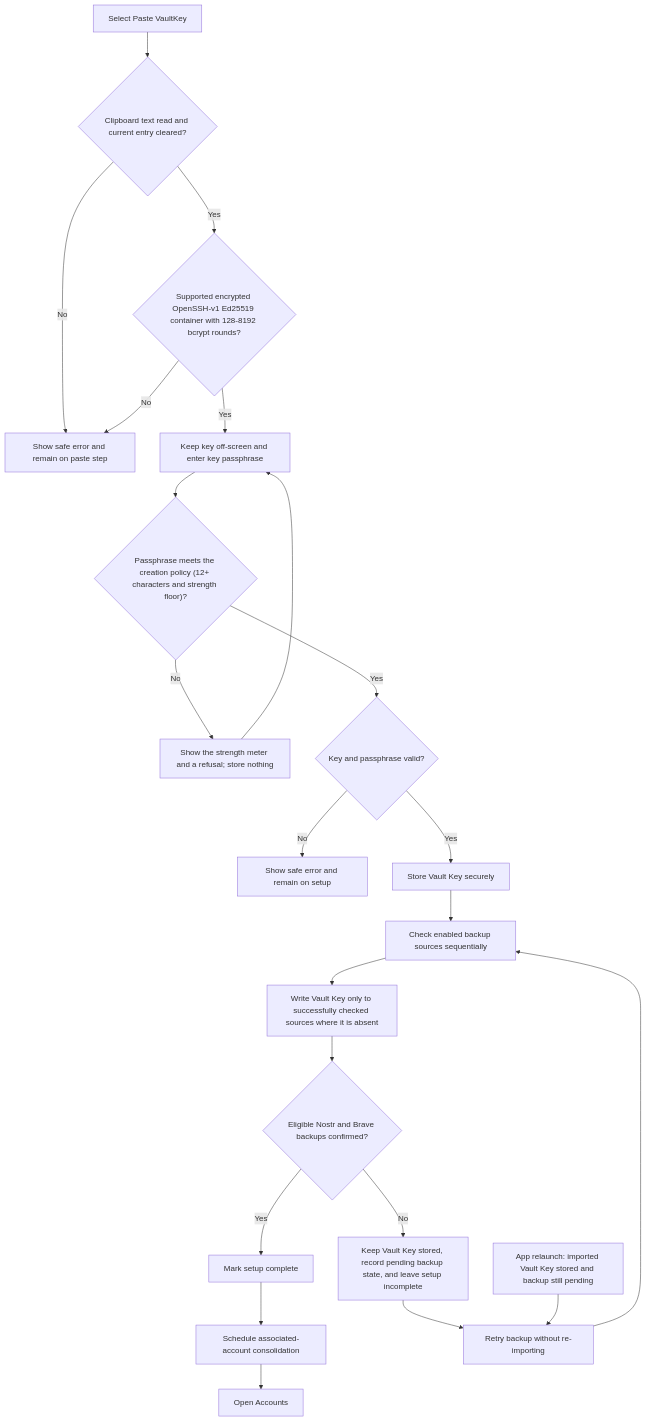
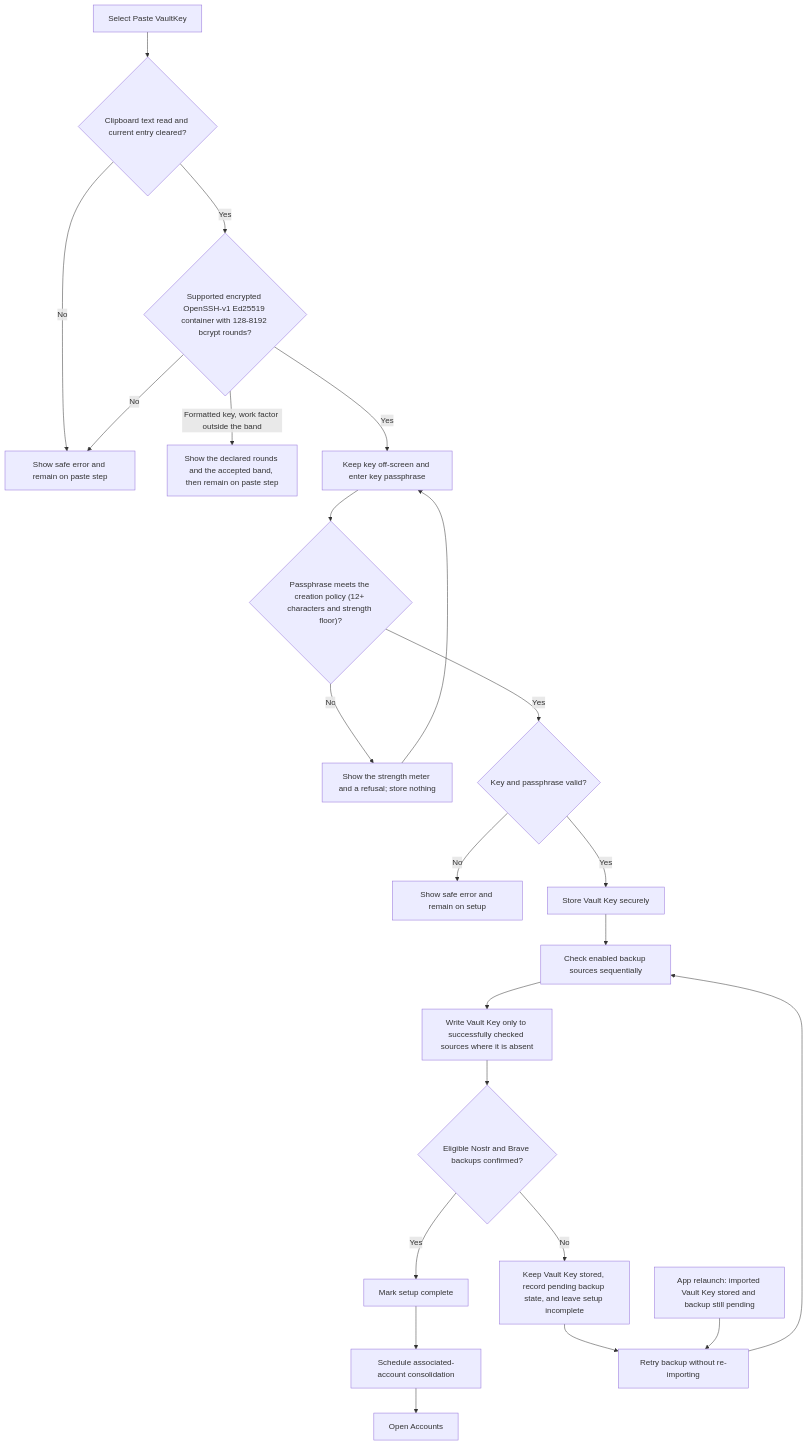
Before and after one commit to ZenTenApp/vault-kotlin: the second of 8 diagrams in docs/stakeholder/flowcharts.md, drawn with Mermaid. The commit also changed 14 other files, not shown here.

First line of the commit message:
feat(onboarding): explain an out-of-band KDF work factor on paste

````diff
--- a/docs/stakeholder/flowcharts.md
+++ b/docs/stakeholder/flowcharts.md
@@ -114,24 +114,25 @@
 ```mermaid
 flowchart TD
     Start["Select Paste VaultKey"] --> Clipboard{"Clipboard text read and current entry cleared?"}
     Clipboard -->|No| PasteError["Show safe error and remain on paste step"]
     Clipboard -->|Yes| KeyFormat{"Supported encrypted OpenSSH-v1 Ed25519 container with 128-8192 bcrypt rounds?"}
     KeyFormat -->|No| PasteError
+    KeyFormat -->|Formatted key, work factor outside the band| RoundsError["Show the declared rounds and the accepted band, then remain on paste step"]
     KeyFormat -->|Yes| Passphrase["Keep key off-screen and enter key passphrase"]
     Passphrase --> Strength{"Passphrase meets the creation policy (12+ characters and strength floor)?"}
     Strength -->|No| Weak["Show the strength meter and a refusal; store nothing"]
     Weak --> Passphrase
     Strength -->|Yes| Validate{"Key and passphrase valid?"}
     Validate -->|No| Error["Show safe error and remain on setup"]
     Validate -->|Yes| Store["Store Vault Key securely"]
     Store --> Sources["Check enabled backup sources sequentially"]
     Sources --> Missing["Write Vault Key only to successfully checked sources where it is absent"]
     Missing --> Quorum{"Eligible Nostr and Brave backups confirmed?"}
     Quorum -->|Yes| Complete["Mark setup complete"]
     Complete --> Schedule["Schedule associated-account consolidation"]
     Schedule --> Accounts["Open Accounts"]
     Quorum -->|No| Incomplete["Keep Vault Key stored, record pending backup state, and leave setup incomplete"]
     Incomplete --> Retry["Retry backup without re-importing"]
     Retry --> Sources
     Resume["App relaunch: imported Vault Key stored and backup still pending"] --> Retry
 ```
````
